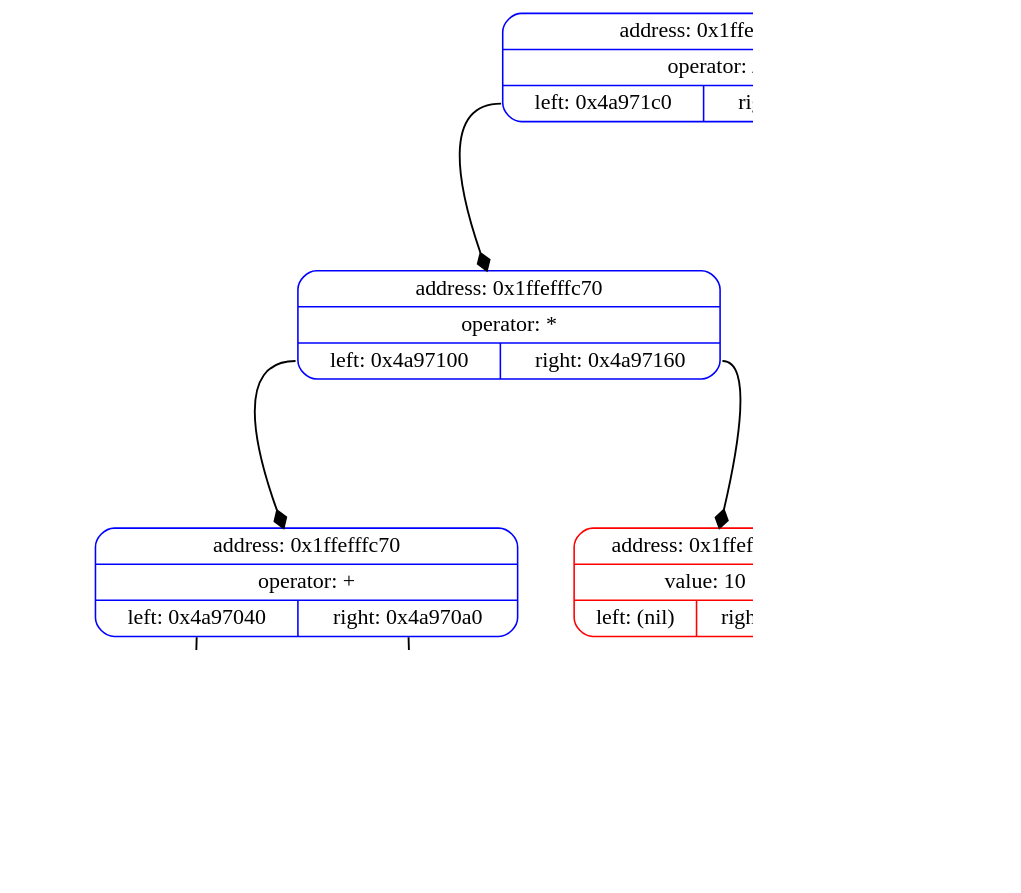
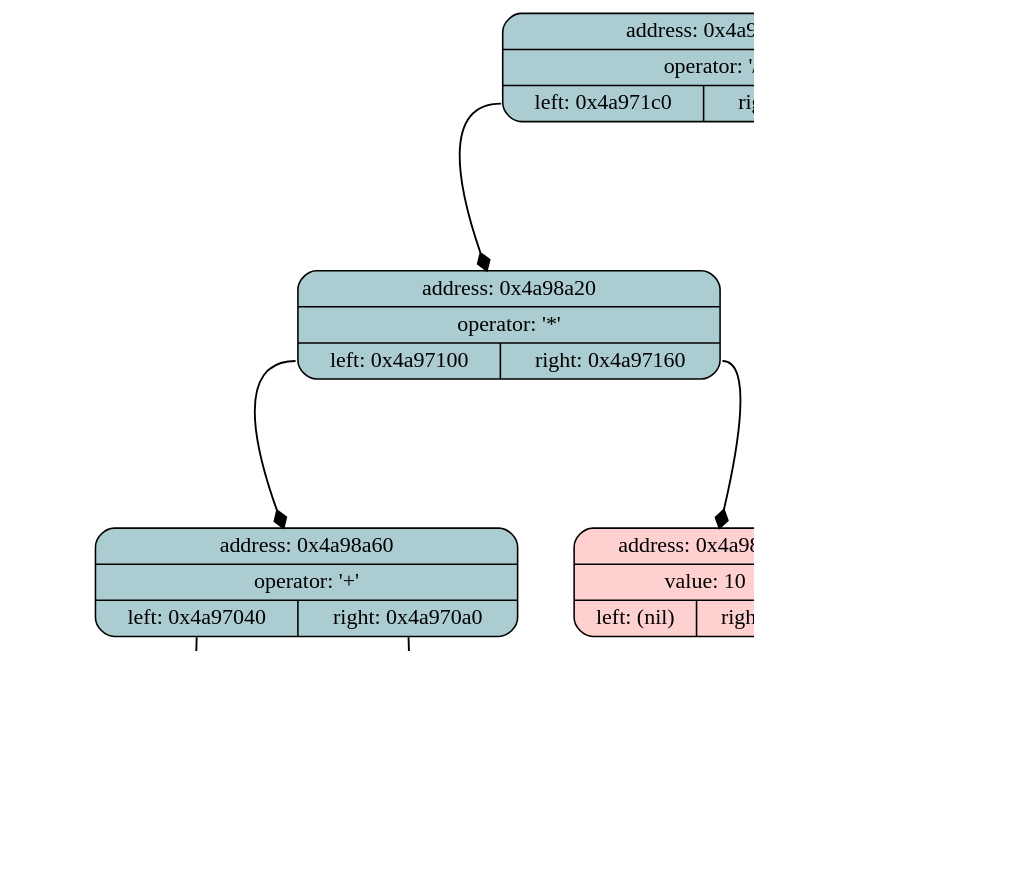
Before and after one commit to VictorBerbenets/Differentiator: the diagram in data/list.dot, drawn with Graphviz. The commit also changed 5 other files, not shown here.

```diff
--- a/data/list.dot
+++ b/data/list.dot
@@ -1,28 +1,28 @@
 digraph List {
 	dpi = 100;
 	fontname = "Comic Sans MS";
 	fontsize = 20;
 	rankdir  = TB;
 graph [fillcolor = lightgreen, ranksep = 1.3, nodesep = 0.5, style = "rounded", color = green, penwidth = 2];
 edge [color = dark, arrowhead = diamond, arrowsize = 1, penwidth = 1.2];
-node1 [shape = Mrecord, color = blue, style = solid, label = "{address: 0x1ffefffc70|operator: /| { <ptr1> left: 0x4a971c0| <ptr2> right: 0x4a97280}}"]
-node2 [shape = Mrecord, color = blue, style = solid, label = "{address: 0x1ffefffc70|operator: /| { <ptr1> left: 0x4a971c0| <ptr2> right: 0x4a97280}}"]
-node1: <ptr1> -> node2; node3 [shape = Mrecord, color = blue, style = solid, label = "{address: 0x1ffefffc70|operator: /| { <ptr1> left: 0x4a971c0| <ptr2> right: 0x4a97280}}"]
+node1 [shape = Mrecord, style = filled, fillcolor = "#ABCDD1", label = "{address: 0x4a98a00|operator: '/'| { <ptr1> left: 0x4a971c0| <ptr2> right: 0x4a97280}}"]
+node2 [shape = Mrecord, style = filled, fillcolor = "#ABCDD1", label = "{address: 0x4a98a00|operator: '/'| { <ptr1> left: 0x4a971c0| <ptr2> right: 0x4a97280}}"]
+node1: <ptr1> -> node2; node3 [shape = Mrecord, style = filled, fillcolor = "#ABCDD1", label = "{address: 0x4a98a00|operator: '/'| { <ptr1> left: 0x4a971c0| <ptr2> right: 0x4a97280}}"]
 node1: <ptr2> -> node3; 
-node2 [shape = Mrecord, color = blue, style = solid, label = "{address: 0x1ffefffc70|operator: *| { <ptr1> left: 0x4a97100| <ptr2> right: 0x4a97160}}"]
-node4 [shape = Mrecord, color = blue, style = solid, label = "{address: 0x1ffefffc70|operator: *| { <ptr1> left: 0x4a97100| <ptr2> right: 0x4a97160}}"]
-node2: <ptr1> -> node4; node5 [shape = Mrecord, color = blue, style = solid, label = "{address: 0x1ffefffc70|operator: *| { <ptr1> left: 0x4a97100| <ptr2> right: 0x4a97160}}"]
+node2 [shape = Mrecord, style = filled, fillcolor = "#ABCDD1", label = "{address: 0x4a98a20|operator: '*'| { <ptr1> left: 0x4a97100| <ptr2> right: 0x4a97160}}"]
+node4 [shape = Mrecord, style = filled, fillcolor = "#ABCDD1", label = "{address: 0x4a98a20|operator: '*'| { <ptr1> left: 0x4a97100| <ptr2> right: 0x4a97160}}"]
+node2: <ptr1> -> node4; node5 [shape = Mrecord, style = filled, fillcolor = "#ABCDD1", label = "{address: 0x4a98a20|operator: '*'| { <ptr1> left: 0x4a97100| <ptr2> right: 0x4a97160}}"]
 node2: <ptr2> -> node5; 
-node3 [shape = Mrecord, color = red, style = solid, label = "{address: 0x1ffefffc70|value: -2| { <ptr1> left: (nil)| <ptr2> right: (nil)}}"]
+node3 [shape = Mrecord, style = filled, fillcolor = "#FFD0D0", label = "{address: 0x4a98a40|value: -2| { <ptr1> left: (nil)| <ptr2> right: (nil)}}"]
 
-node4 [shape = Mrecord, color = blue, style = solid, label = "{address: 0x1ffefffc70|operator: +| { <ptr1> left: 0x4a97040| <ptr2> right: 0x4a970a0}}"]
-node6 [shape = Mrecord, color = blue, style = solid, label = "{address: 0x1ffefffc70|operator: +| { <ptr1> left: 0x4a97040| <ptr2> right: 0x4a970a0}}"]
-node4: <ptr1> -> node6; node7 [shape = Mrecord, color = blue, style = solid, label = "{address: 0x1ffefffc70|operator: +| { <ptr1> left: 0x4a97040| <ptr2> right: 0x4a970a0}}"]
+node4 [shape = Mrecord, style = filled, fillcolor = "#ABCDD1", label = "{address: 0x4a98a60|operator: '+'| { <ptr1> left: 0x4a97040| <ptr2> right: 0x4a970a0}}"]
+node6 [shape = Mrecord, style = filled, fillcolor = "#ABCDD1", label = "{address: 0x4a98a60|operator: '+'| { <ptr1> left: 0x4a97040| <ptr2> right: 0x4a970a0}}"]
+node4: <ptr1> -> node6; node7 [shape = Mrecord, style = filled, fillcolor = "#ABCDD1", label = "{address: 0x4a98a60|operator: '+'| { <ptr1> left: 0x4a97040| <ptr2> right: 0x4a970a0}}"]
 node4: <ptr2> -> node7; 
-node5 [shape = Mrecord, color = red, style = solid, label = "{address: 0x1ffefffc70|value: 10| { <ptr1> left: (nil)| <ptr2> right: (nil)}}"]
+node5 [shape = Mrecord, style = filled, fillcolor = "#FFD0D0", label = "{address: 0x4a98a80|value: 10| { <ptr1> left: (nil)| <ptr2> right: (nil)}}"]
 
-node6 [shape = Mrecord, color = red, style = solid, label = "{address: 0x1ffefffc70|value: 5| { <ptr1> left: (nil)| <ptr2> right: (nil)}}"]
+node6 [shape = Mrecord, style = filled, fillcolor = "#FFD0D0", label = "{address: 0x4a98aa0|value: 5| { <ptr1> left: (nil)| <ptr2> right: (nil)}}"]
 
-node7 [shape = Mrecord, color = red, style = solid, label = "{address: 0x1ffefffc70|value: 7| { <ptr1> left: (nil)| <ptr2> right: (nil)}}"]
+node7 [shape = Mrecord, style = filled, fillcolor = "#FFD0D0", label = "{address: 0x4a98ac0|value: 7| { <ptr1> left: (nil)| <ptr2> right: (nil)}}"]
 
 }
```
